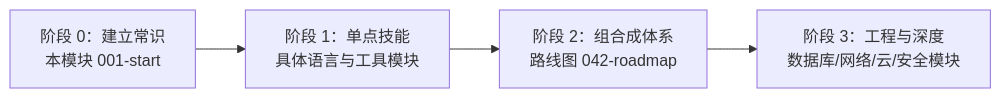
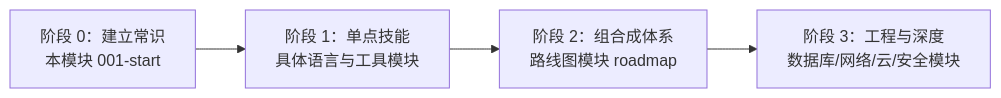
Before and after one commit to fanquanpp/FANDEX: the second of 2 diagrams in cnt-content/full/001-start/010-ProgrammingStartGuide.md, drawn with Mermaid. The commit also changed other lines of this file and 1501 other files, not shown here.

````diff
--- a/cnt-content/full/001-start/010-ProgrammingStartGuide.md
+++ b/cnt-content/full/001-start/010-ProgrammingStartGuide.md
@@ -101,6 +101,6 @@
 ```mermaid
 flowchart LR
     S0["阶段 0：建立常识<br/>本模块 001-start"] --> S1["阶段 1：单点技能<br/>具体语言与工具模块"]
-    S1 --> S2["阶段 2：组合成体系<br/>路线图 042-roadmap"]
+    S1 --> S2["阶段 2：组合成体系<br/>路线图模块 roadmap"]
     S2 --> S3["阶段 3：工程与深度<br/>数据库/网络/云/安全模块"]
 ```
````
